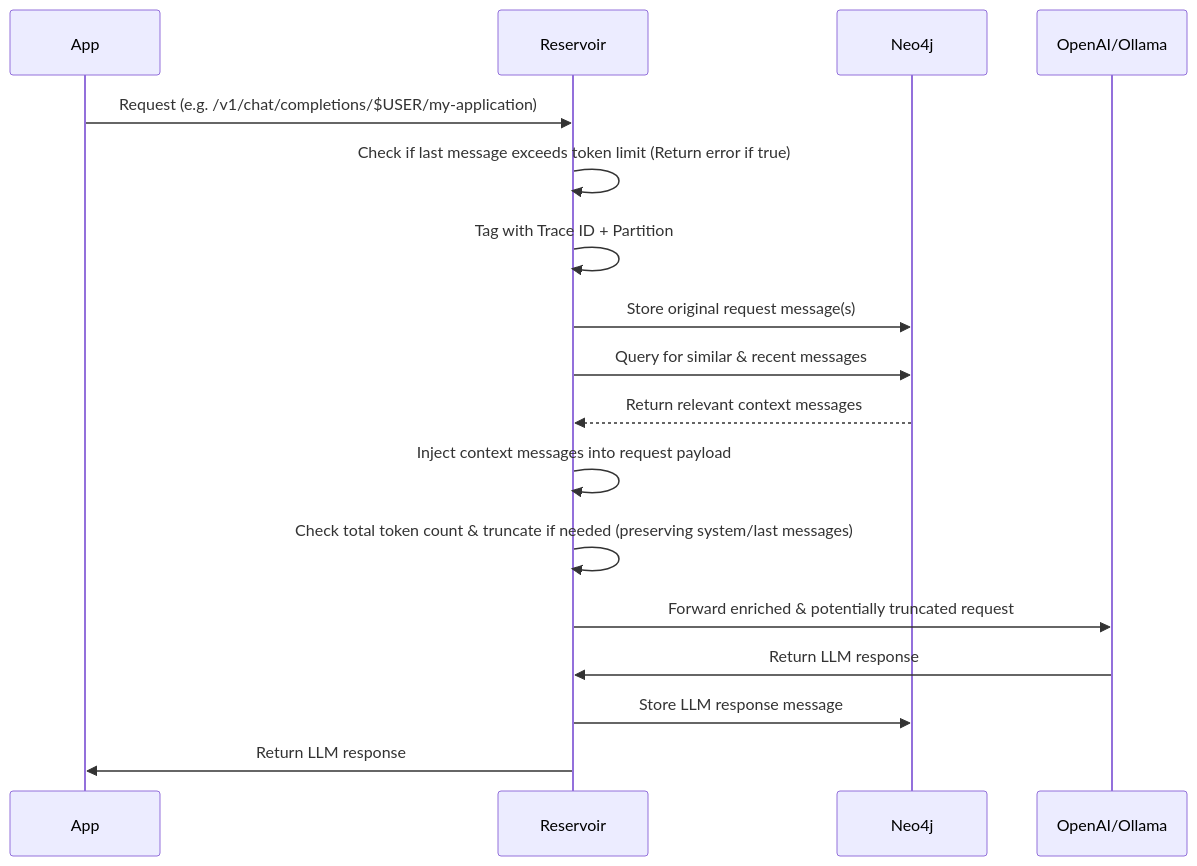
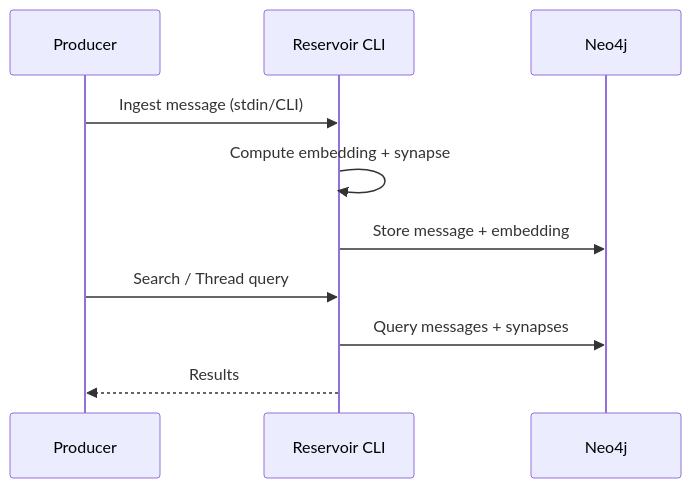
Before and after one commit to Sector-F-Labs/reservoir: the diagram in README.md, drawn with Mermaid. The commit also changed other lines of this file, not shown here.

````diff
--- a/README.md
+++ b/README.md
@@ -30,25 +30,13 @@
 ```mermaid
 sequenceDiagram
-    participant App
-    participant Reservoir
+    participant Producer
+    participant Reservoir CLI
     participant Neo4j
-    participant LLM as OpenAI/Ollama
 
-    App->>Reservoir: Request (e.g. /v1/chat/completions/$USER/my-application)
-    Reservoir->>Reservoir: Check if last message exceeds token limit (Return error if true)
-    Reservoir->>Reservoir: Tag with Trace ID + Partition
-    Reservoir->>Neo4j: Store original request message(s)
-
-    %% --- Context Enrichment Steps ---
-    Reservoir->>Neo4j: Query for similar & recent messages
-    Neo4j-->>Reservoir: Return relevant context messages
-    Reservoir->>Reservoir: Inject context messages into request payload
-    %% --- End Enrichment Steps ---
-
-    Reservoir->>Reservoir: Check total token count & truncate if needed (preserving system/last messages)
-
-    Reservoir->>LLM: Forward enriched & potentially truncated request
-    LLM->>Reservoir: Return LLM response
-    Reservoir->>Neo4j: Store LLM response message
-    Reservoir->>App: Return LLM response
+    Producer->>Reservoir CLI: Ingest message (stdin/CLI)
+    Reservoir CLI->>Reservoir CLI: Compute embedding + synapse
+    Reservoir CLI->>Neo4j: Store message + embedding
+    Producer->>Reservoir CLI: Search / Thread query
+    Reservoir CLI->>Neo4j: Query messages + synapses
+    Reservoir CLI-->>Producer: Results
 ```
````
